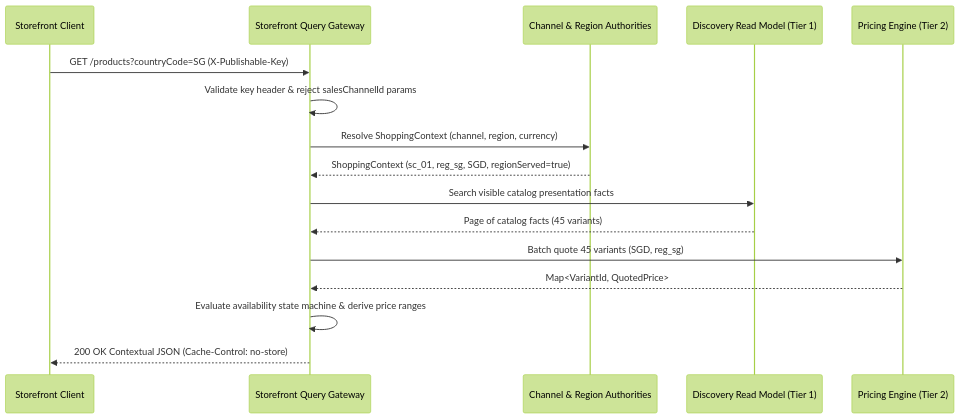
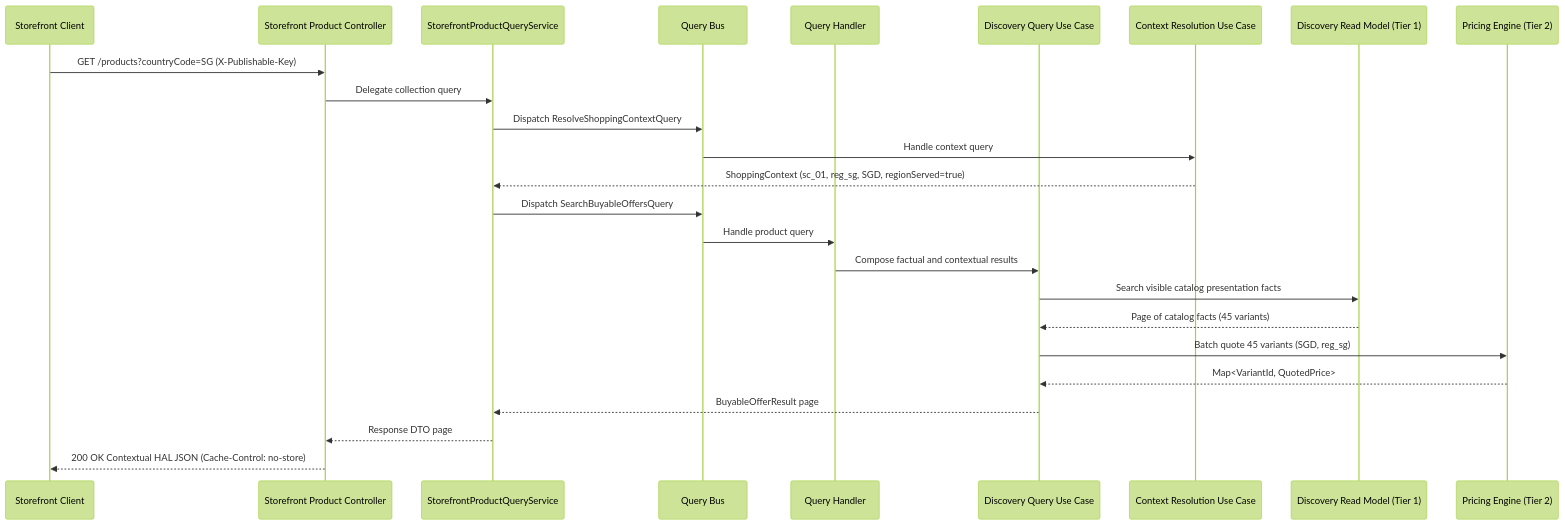
Before and after one commit to khinemyaezin/grab: the first of 2 diagrams in docs/spec/workflows/browse-contextual-storefront-offers-workflow.md, drawn with Mermaid (forest theme). The commit also changed other lines of this file and 33 other files, not shown here.

Commit message:
feat: refactor storefront query API to use ShoppingContext and support contextual offers

````diff
--- a/docs/spec/workflows/browse-contextual-storefront-offers-workflow.md
+++ b/docs/spec/workflows/browse-contextual-storefront-offers-workflow.md
@@ -27,19 +27,28 @@
 ```mermaid
 sequenceDiagram
     participant Client as Storefront Client
-    participant Gateway as Storefront Query Gateway
-    participant Context as Channel & Region Authorities
+    participant Controller as Storefront Product Controller
+    participant Service as StorefrontProductQueryService
+    participant Bus as Query Bus
+    participant Handler as Query Handler
+    participant UseCase as Discovery Query Use Case
+    participant Context as Context Resolution Use Case
     participant Tier1 as Discovery Read Model (Tier 1)
     participant Tier2 as Pricing Engine (Tier 2)
 
-    Client->>Gateway: GET /products?countryCode=SG (X-Publishable-Key)
-    Gateway->>Gateway: Validate key header & reject salesChannelId params
-    Gateway->>Context: Resolve ShoppingContext (channel, region, currency)
-    Context-->>Gateway: ShoppingContext (sc_01, reg_sg, SGD, regionServed=true)
-    Gateway->>Tier1: Search visible catalog presentation facts
-    Tier1-->>Gateway: Page of catalog facts (45 variants)
-    Gateway->>Tier2: Batch quote 45 variants (SGD, reg_sg)
-    Tier2-->>Gateway: Map<VariantId, QuotedPrice>
-    Gateway->>Gateway: Evaluate availability state machine & derive price ranges
-    Gateway-->>Client: 200 OK Contextual JSON (Cache-Control: no-store)
+    Client->>Controller: GET /products?countryCode=SG (X-Publishable-Key)
+    Controller->>Service: Delegate collection query
+    Service->>Bus: Dispatch ResolveShoppingContextQuery
+    Bus->>Context: Handle context query
+    Context-->>Service: ShoppingContext (sc_01, reg_sg, SGD, regionServed=true)
+    Service->>Bus: Dispatch SearchBuyableOffersQuery
+    Bus->>Handler: Handle product query
+    Handler->>UseCase: Compose factual and contextual results
+    UseCase->>Tier1: Search visible catalog presentation facts
+    Tier1-->>UseCase: Page of catalog facts (45 variants)
+    UseCase->>Tier2: Batch quote 45 variants (SGD, reg_sg)
+    Tier2-->>UseCase: Map<VariantId, QuotedPrice>
+    UseCase-->>Service: BuyableOfferResult page
+    Service-->>Controller: Response DTO page
+    Controller-->>Client: 200 OK Contextual HAL JSON (Cache-Control: no-store)
 ```
````
